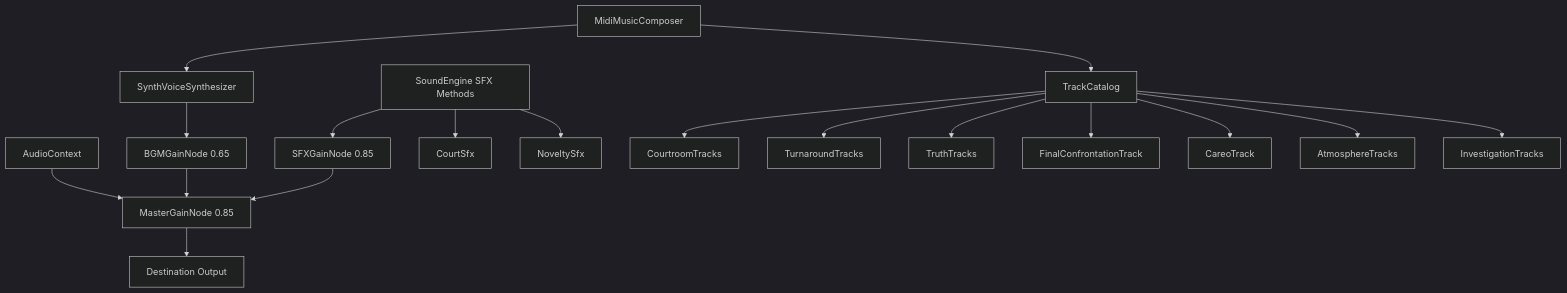
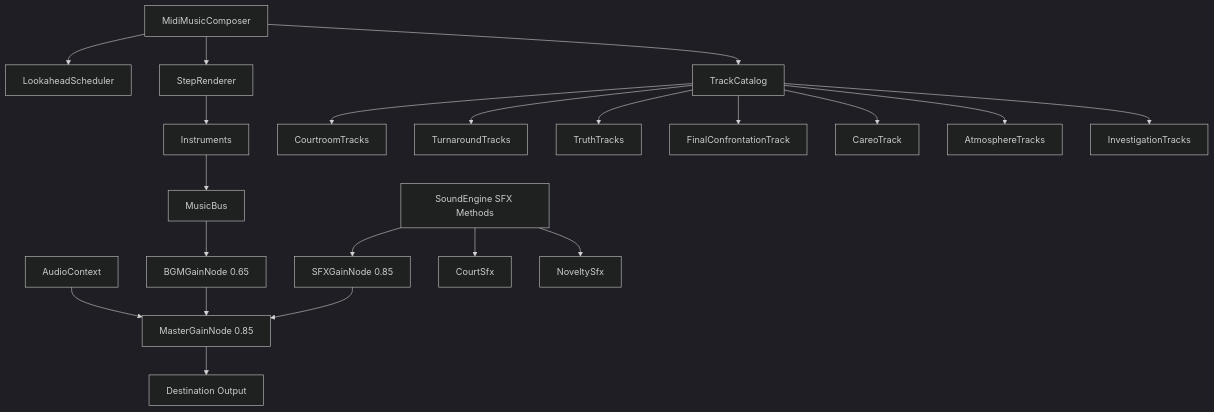
One commit to luisoncpp/aa-chapulin changed the diagram in docs/architecture/audio-system.md. Above: the diagram before and after it, drawn with Mermaid (dark theme). The commit also changed other lines of this file and 289 other files, not shown here.

````diff
--- a/docs/architecture/audio-system.md
+++ b/docs/architecture/audio-system.md
@@ -9,23 +9,26 @@
 ```mermaid
 flowchart TD
     AC[AudioContext] --> Master[MasterGainNode 0.85]
     Master --> Dest[Destination Output]
     
     BGMGain[BGMGainNode 0.65] --> Master
     SFXGain[SFXGainNode 0.85] --> Master
     
-    Composer[MidiMusicComposer] --> VoiceSynth[SynthVoiceSynthesizer]
-    VoiceSynth --> BGMGain
+    Composer[MidiMusicComposer] --> Scheduler[LookaheadScheduler]
+    Composer --> Renderer[StepRenderer]
+    Renderer --> Instruments[Instruments]
+    Instruments --> Mixer[MusicBus]
+    Mixer --> BGMGain
     SFX[SoundEngine SFX Methods] --> SFXGain
     
     SFX --> CourtSfx[CourtSfx]
     SFX --> NoveltySfx[NoveltySfx]
     Composer --> TrackCatalog[TrackCatalog]
     TrackCatalog --> CourtroomTracks[CourtroomTracks]
     TrackCatalog --> TurnaroundTracks[TurnaroundTracks]
     TrackCatalog --> TruthTracks[TruthTracks]
     TrackCatalog --> FinalConfrontationTrack[FinalConfrontationTrack]
     TrackCatalog --> CareoTrack[CareoTrack]
     TrackCatalog --> AtmosphereTracks[AtmosphereTracks]
     TrackCatalog --> InvestigationTracks[InvestigationTracks]
 ```
````
